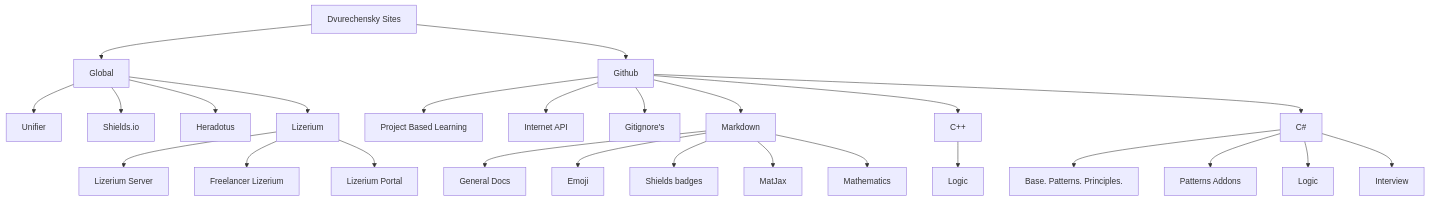
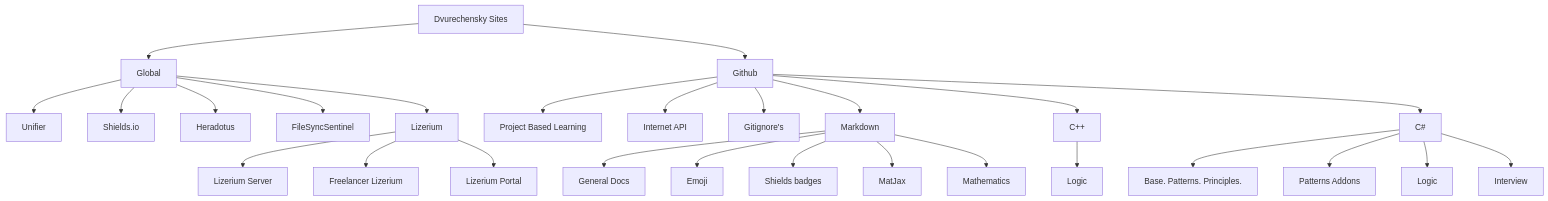
The second of 2 diagrams in README.md (Dvurechensky/Dvurechensky), drawn with Mermaid before and after one commit. The commit also changed other lines of this file and 1 other file, not shown here.

````diff
--- a/README.md
+++ b/README.md
@@ -71,28 +71,29 @@
 ```mermaid
 graph TD
   A[Dvurechensky Sites] --> B[Global]
   A[Dvurechensky Sites] --> C[Github]
   B --> B1[Unifier]
   B --> B2[Shields.io]
   B --> B3[Heradotus]
+  B --> B4[FileSyncSentinel]
   B --> E[Lizerium]
   E --> E1[Lizerium Server]
   E --> E2[Freelancer Lizerium]
   E --> E3[Lizerium Portal]
   C --> R[Project Based Learning]
   C --> M[Internet API]
   C --> G[Gitignore's]
   C --> H[Markdown]
   C --> W[C++]
   W --> W1[Logic]
   C --> N[C#]
   N --> N1[Base. Patterns. Principles.]
   N --> N2[Patterns Addons]
   N --> N3[Logic]
   N --> N4[Interview]
   H --> K[General Docs]
   H --> L[Emoji]
   H --> Z[Shields badges]
   H --> X[MatJax]
   H --> V[Mathematics]
 ```
````
